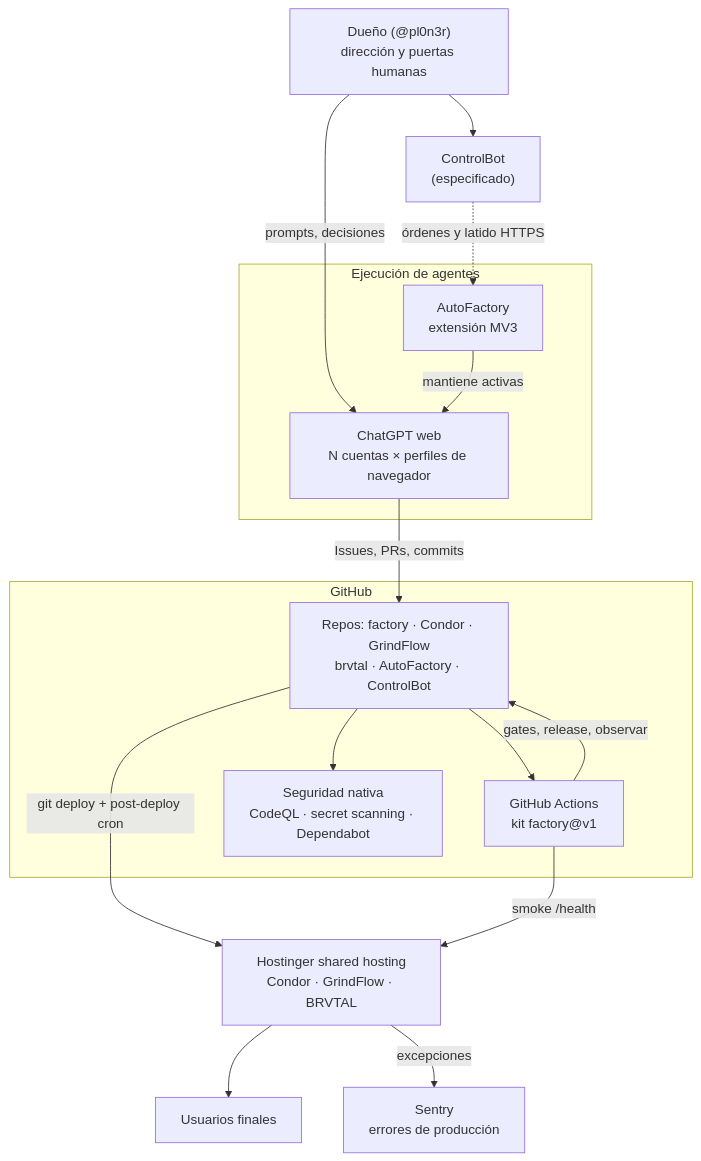
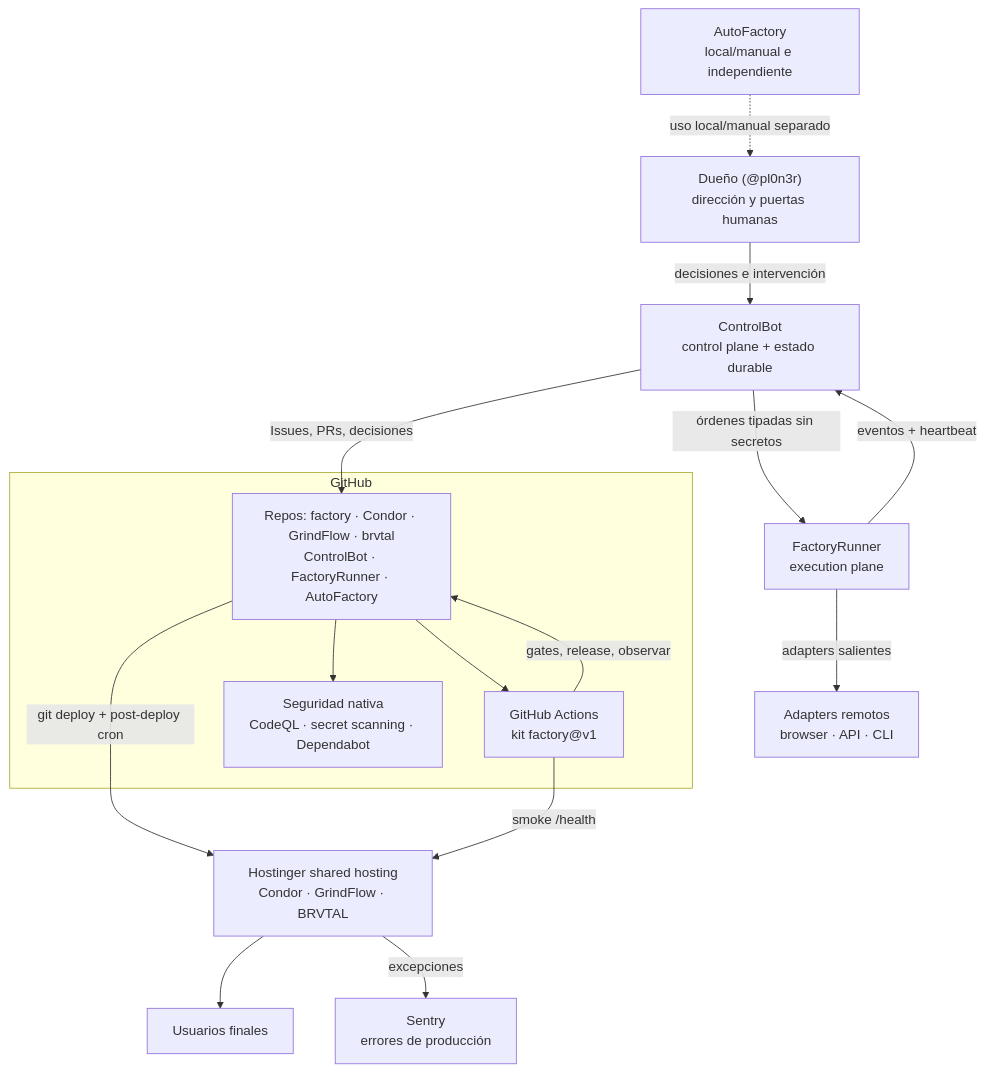
One commit to pl0n3r/Factory changed the first of 5 diagrams in docs/arquitectura-tecnica.md. Above: the diagram before and after it, drawn with Mermaid. The commit also changed other lines of this file and 2 other files, not shown here.

First line of the commit message:
docs(architecture): fijar FactoryRunner como execution plane canónico (#188)

````diff
--- a/docs/arquitectura-tecnica.md
+++ b/docs/arquitectura-tecnica.md
@@ -95,30 +96,30 @@
 ```mermaid
 flowchart TB
     Dueno["Dueño (@pl0n3r)<br/>dirección y puertas humanas"]
-    subgraph Ejecucion["Ejecución de agentes"]
-        GPT["ChatGPT web<br/>N cuentas × perfiles de navegador"]
-        AF["AutoFactory<br/>extensión MV3"]
-    end
-    CB["ControlBot<br/>(especificado)"]
+    CB["ControlBot<br/>control plane + estado durable"]
+    FR["FactoryRunner<br/>execution plane"]
+    Remote["Adapters remotos<br/>browser · API · CLI"]
+    AF["AutoFactory<br/>local/manual e independiente"]
     subgraph GH["GitHub"]
-        Repos["Repos: factory · Condor · GrindFlow<br/>brvtal · AutoFactory · ControlBot"]
+        Repos["Repos: factory · Condor · GrindFlow · brvtal<br/>ControlBot · FactoryRunner · AutoFactory"]
         Actions["GitHub Actions<br/>kit factory@v1"]
         Sec["Seguridad nativa<br/>CodeQL · secret scanning · Dependabot"]
     end
     Host["Hostinger shared hosting<br/>Condor · GrindFlow · BRVTAL"]
     Sentry["Sentry<br/>errores de producción"]
     Usuarios["Usuarios finales"]
 
-    Dueno -->|prompts, decisiones| GPT
-    Dueno --> CB
-    AF -->|mantiene activas| GPT
-    CB -.->|órdenes y latido HTTPS| AF
-    GPT -->|Issues, PRs, commits| Repos
+    Dueno -->|decisiones e intervención| CB
+    CB -->|órdenes tipadas sin secretos| FR
+    FR -->|adapters salientes| Remote
+    FR -->|eventos + heartbeat| CB
+    AF -.->|uso local/manual separado| Dueno
+    CB -->|Issues, PRs, decisiones| Repos
     Repos --> Actions
     Repos --> Sec
     Actions -->|gates, release, observar| Repos
     Repos -->|git deploy + post-deploy cron| Host
     Host --> Usuarios
     Host -->|excepciones| Sentry
     Actions -->|smoke /health| Host
 ```
````
